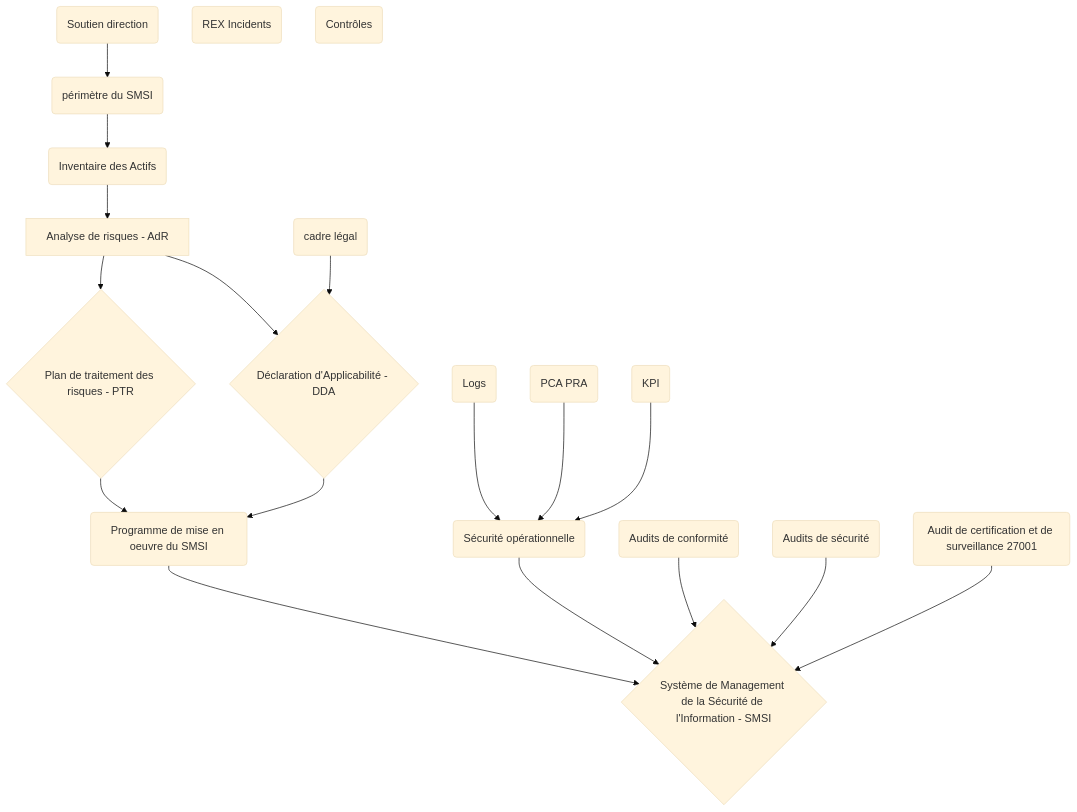
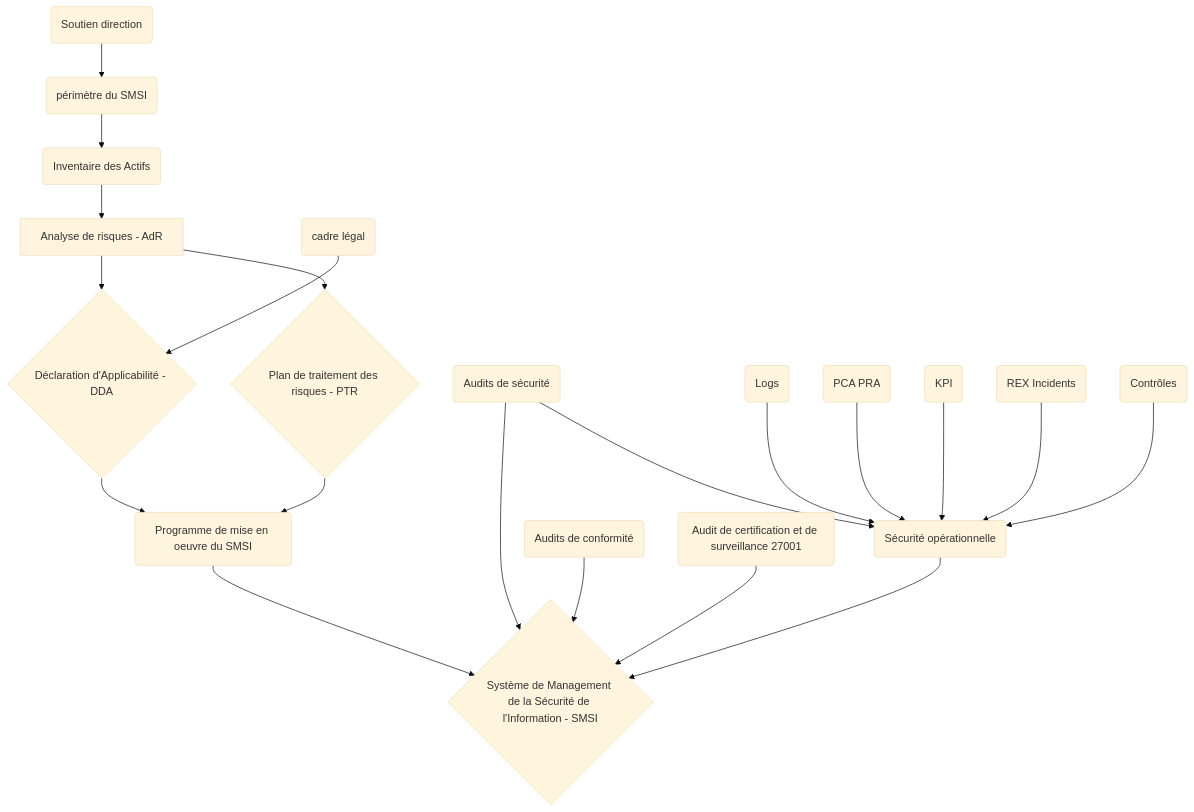
One commit to Aif4thah/Dojo-101 changed the first of 3 diagrams in Dojo-101-Governance/README.md. Above: the diagram before and after it, drawn with Mermaid (base theme). The commit also changed other lines of this file, not shown here.

````diff
--- a/Dojo-101-Governance/README.md
+++ b/Dojo-101-Governance/README.md
@@ -5,21 +7,22 @@
 ```mermaid
 flowchart TD
     1(Soutien direction) --> 2(périmètre du SMSI)
     2 -->3(Inventaire des Actifs)
     3 -->4[Analyse de risques - AdR]
     4 -->5{Déclaration d'Applicabilité - DDA}
     4 -->6{Plan de traitement des risques - PTR}
     6 -->7(Programme de mise en oeuvre du SMSI)
     5 -->7(Programme de mise en oeuvre du SMSI)
     7 -->8{Système de Management de la Sécurité de l'Information - SMSI}
     9(Sécurité opérationnelle) --> 8
     10(cadre légal) --> 5
     11(Audits de conformité) --> 8
     12(Audits de sécurité) --> 8
+    12-->9
     13(Audit de certification et de surveillance 27001) --> 8
     14(Logs)--> 9
     15(PCA PRA)-->9
     16(KPI)-->9
-    17(REX Incidents)
-    18(Contrôles)
+    17(REX Incidents)-->9
+    18(Contrôles)-->9
 ```
````
